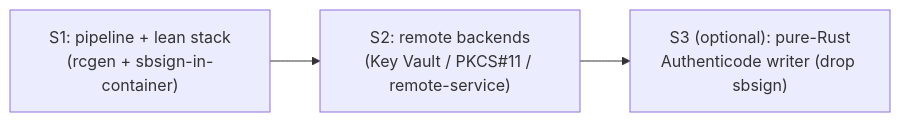
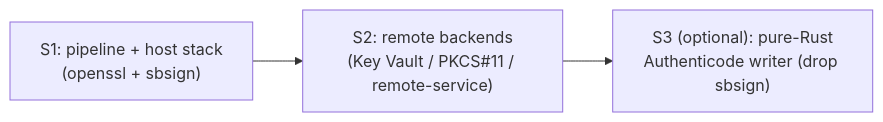
Before and after one commit to frhuelsz/tailor: the third of 3 diagrams in meta/docs/signing.md, drawn with Mermaid. The commit also changed other lines of this file and 11 other files, not shown here.

First line of the commit message:
Add Signer port and tailor-sign crate (openssl + sbsign host stack)

````diff
--- a/meta/docs/signing.md
+++ b/meta/docs/signing.md
@@ -370,5 +371,5 @@
 ```mermaid
 graph LR
-  S1["S1: pipeline + lean stack<br/>(rcgen + sbsign-in-container)"] --> S2["S2: remote backends<br/>(Key Vault / PKCS#11 / remote-service)"]
+  S1["S1: pipeline + host stack<br/>(openssl + sbsign)"] --> S2["S2: remote backends<br/>(Key Vault / PKCS#11 / remote-service)"]
   S2 --> S3["S3 (optional): pure-Rust<br/>Authenticode writer (drop sbsign)"]
 ```
````
